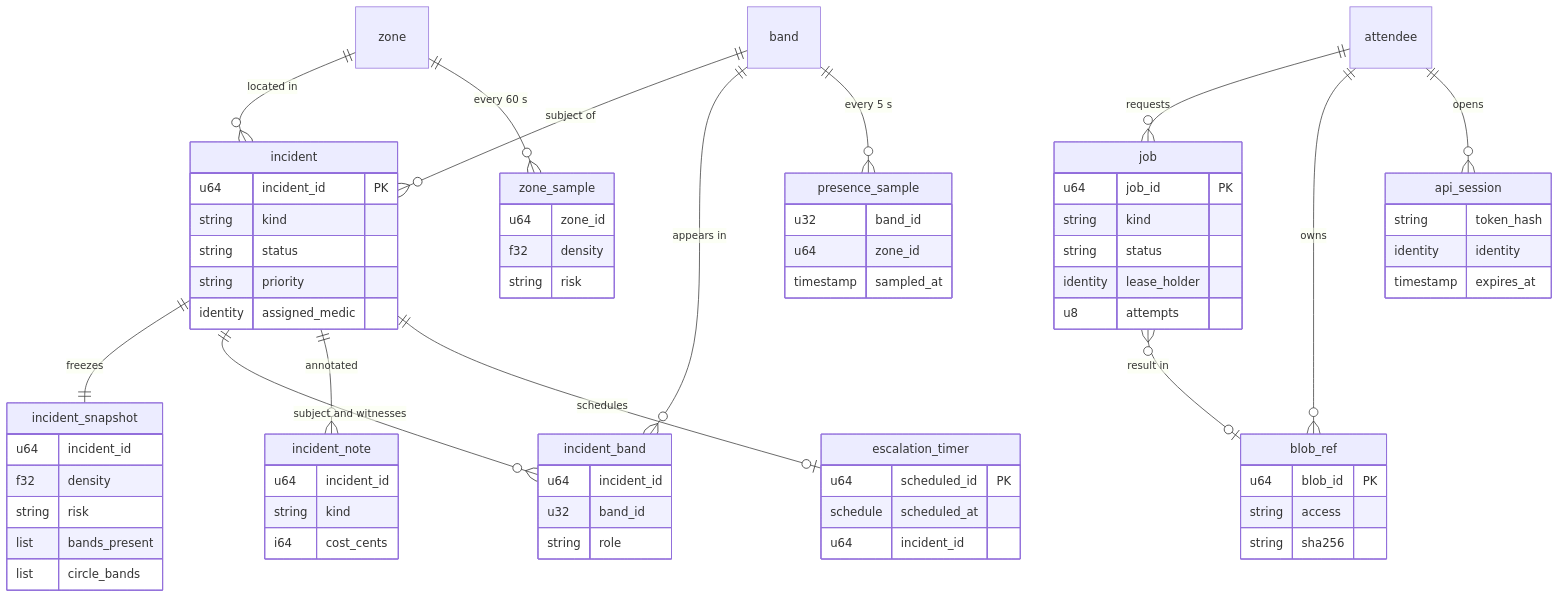
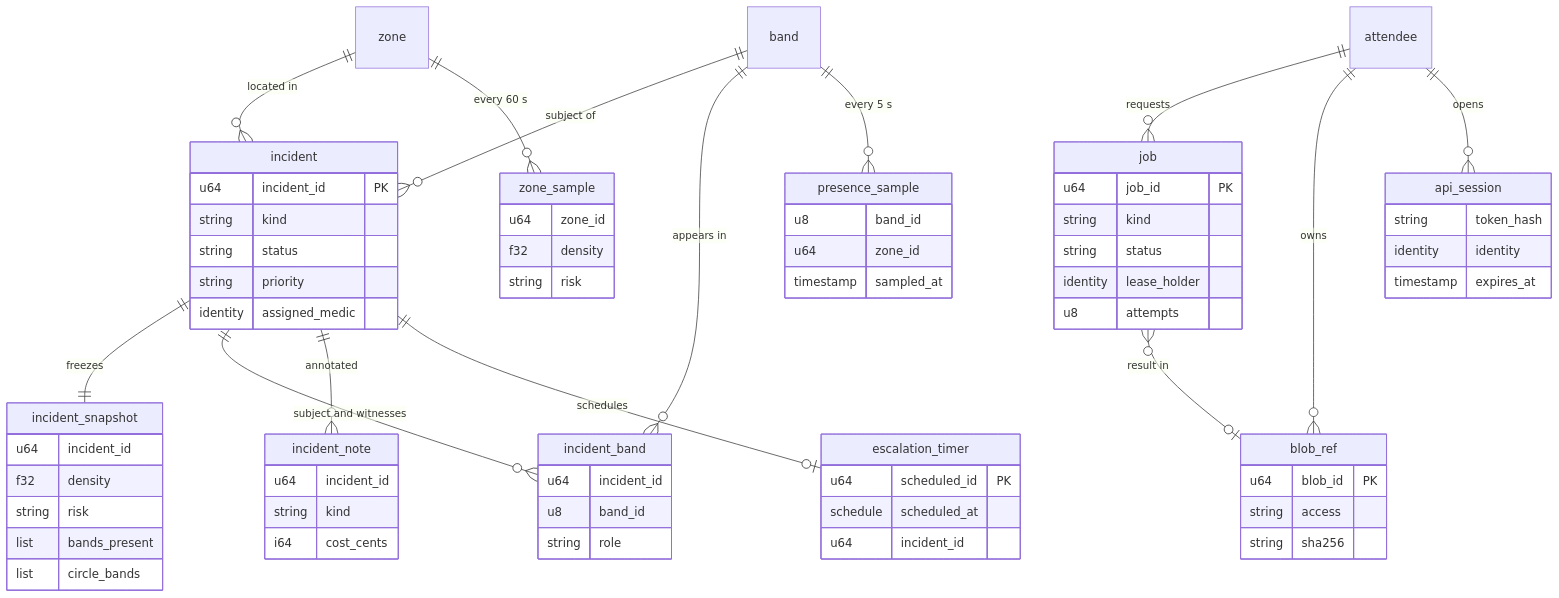
One commit to viktorinkov/cal-hacks-13 changed the third of 4 diagrams in System Design/2-data/SpacetimeDB.md. Above: the diagram before and after it, drawn with Mermaid. The commit also changed other lines of this file and 19 other files, not shown here.

````diff
--- a/System Design/2-data/SpacetimeDB.md
+++ b/System Design/2-data/SpacetimeDB.md
@@ -602,72 +611,72 @@
 ```mermaid
 erDiagram
   zone ||--o{ incident : "located in"
   band ||--o{ incident : "subject of"
   incident ||--|| incident_snapshot : freezes
   incident ||--o{ incident_band : "subject and witnesses"
   band ||--o{ incident_band : "appears in"
   incident ||--o{ incident_note : annotated
   incident ||--o| escalation_timer : schedules
   band ||--o{ presence_sample : "every 5 s"
   zone ||--o{ zone_sample : "every 60 s"
   attendee ||--o{ job : requests
   job }o--o| blob_ref : "result in"
   attendee ||--o{ blob_ref : owns
   attendee ||--o{ api_session : opens
   incident {
     u64 incident_id PK
     string kind
     string status
     string priority
     identity assigned_medic
   }
   incident_snapshot {
     u64 incident_id
     f32 density
     string risk
     list bands_present
     list circle_bands
   }
   incident_band {
     u64 incident_id
-    u32 band_id
+    u8 band_id
     string role
   }
   incident_note {
     u64 incident_id
     string kind
     i64 cost_cents
   }
   escalation_timer {
     u64 scheduled_id PK
     schedule scheduled_at
     u64 incident_id
   }
   presence_sample {
-    u32 band_id
+    u8 band_id
     u64 zone_id
     timestamp sampled_at
   }
   zone_sample {
     u64 zone_id
     f32 density
     string risk
   }
   job {
     u64 job_id PK
     string kind
     string status
     identity lease_holder
     u8 attempts
   }
   blob_ref {
     u64 blob_id PK
     string access
     string sha256
   }
   api_session {
     string token_hash
     identity identity
     timestamp expires_at
   }
 ```
````
